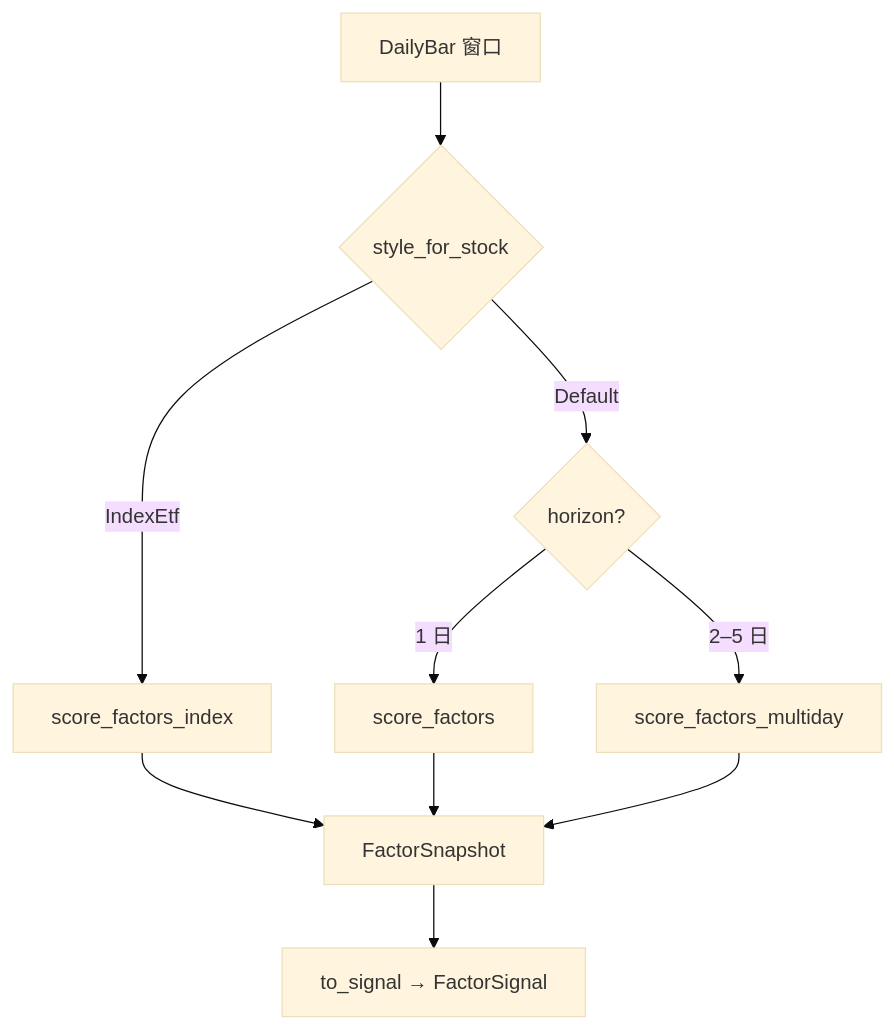
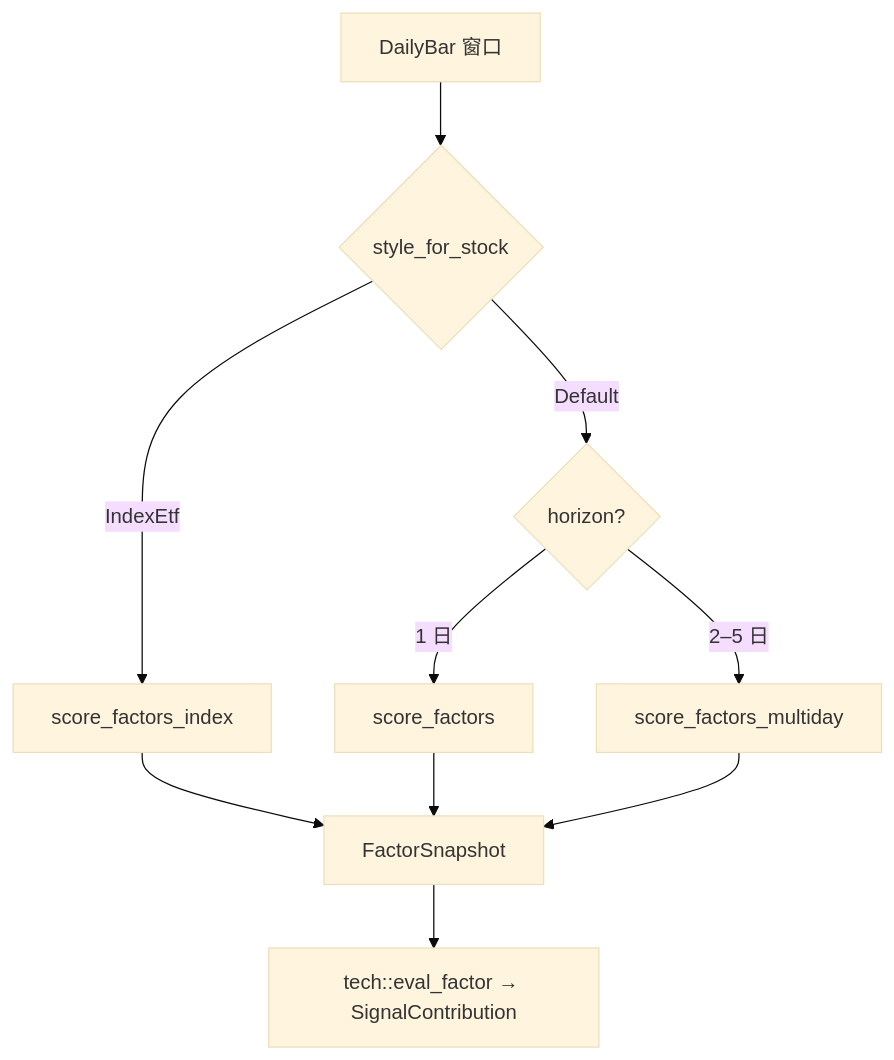
One commit to wuyanwen1997-wyw/stock-predict changed diagram 13 of 18 in docs/软件设计说明.md. Above: the diagram before and after it, drawn with Mermaid (base theme). The commit also changed other lines of this file and 10 other files, not shown here.

````diff
--- a/docs/软件设计说明.md
+++ b/docs/软件设计说明.md
@@ -424,10 +488,10 @@
 ```mermaid
 flowchart TB
     BARS[DailyBar 窗口] --> STYLE{style_for_stock}
     STYLE -->|IndexEtf| IDX[score_factors_index]
     STYLE -->|Default| DEF{horizon?}
     DEF -->|1 日| SF[score_factors]
     DEF -->|2–5 日| MD[score_factors_multiday]
     IDX & SF & MD --> SNAP[FactorSnapshot]
-    SNAP --> SIG[to_signal → FactorSignal]
+    SNAP --> SIG[tech::eval_factor → SignalContribution]
 ```
````
